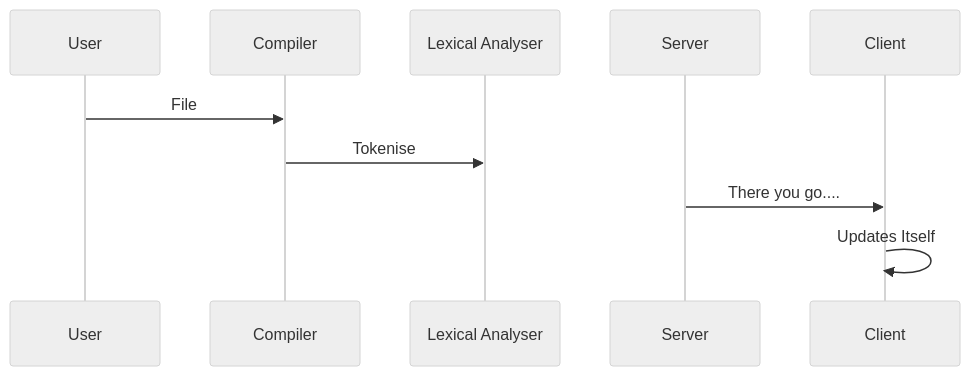
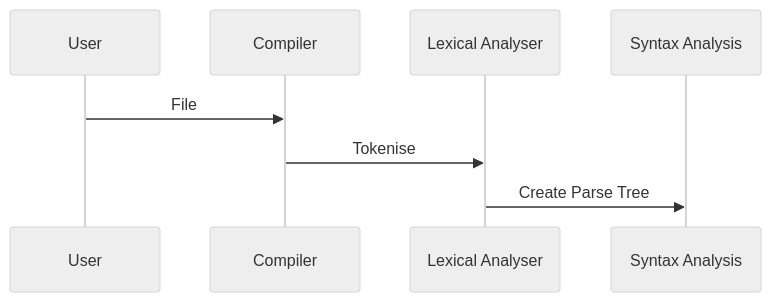
One commit to trshant-sugoi/stackedit changed the diagram in drafts/2019-02-25-Compiler-I-AST.md. Above: the diagram before and after it, drawn with Mermaid (neutral theme). The commit also changed other lines of this file, not shown here.

Commit message:
drafts/2019-02-25-Compiler-I-AST.md updated from https://stackedit.io/

````diff
--- a/drafts/2019-02-25-Compiler-I-AST.md
+++ b/drafts/2019-02-25-Compiler-I-AST.md
@@ -16,8 +16,7 @@
 ```mermaid
 sequenceDiagram
 User ->> Compiler: File  
 
-Compiler ->> Lexical Analyser: Tokenise
-Server ->> Client: There you go....
-Client ->> Client : Updates Itself
+Compiler ->> Lexical Analyser: Tokenise  
+Lexical Analyser ->> Syntax Analysis: Create Parse Tree 
 ```
````
